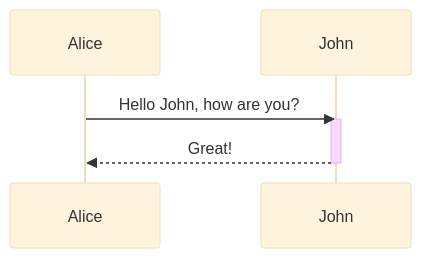
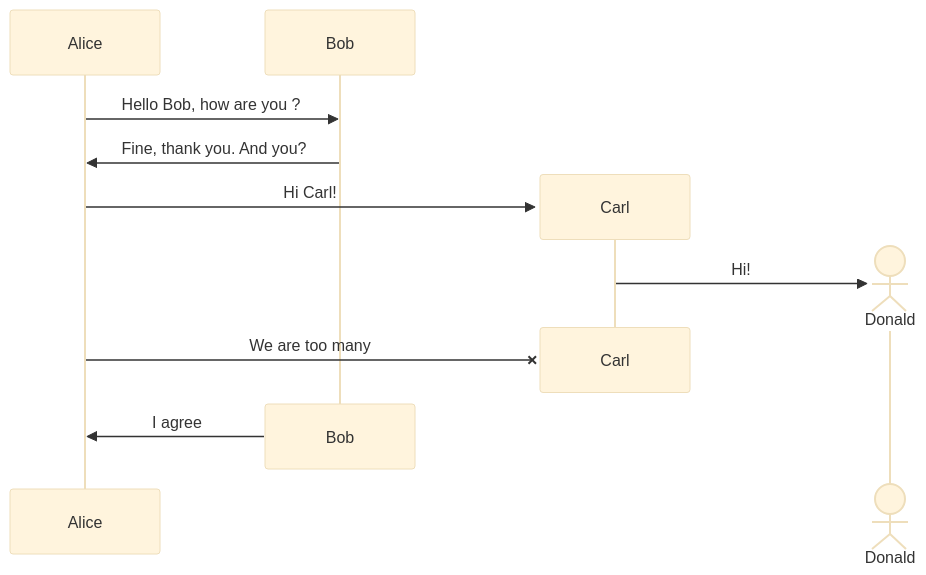
One commit to Nanotiike/ot-harjoitustyo changed the diagram in laskarit/viikko3/hsl-sekvenssikaavio.md. Above: the diagram before and after it, drawn with Mermaid (base theme).

````diff
--- a/laskarit/viikko3/hsl-sekvenssikaavio.md
+++ b/laskarit/viikko3/hsl-sekvenssikaavio.md
@@ -3,7 +3,13 @@
 ```mermaid
   sequenceDiagram
-    Alice->>John: Hello John, how are you?
-    activate John
-    John-->>Alice: Great!
-    deactivate John
+    Alice->>Bob: Hello Bob, how are you ?
+    Bob->>Alice: Fine, thank you. And you?
+    create participant Carl
+    Alice->>Carl: Hi Carl!
+    create actor D as Donald
+    Carl->>D: Hi!
+    destroy Carl
+    Alice-xCarl: We are too many
+    destroy Bob
+    Bob->>Alice: I agree
 ```
````
